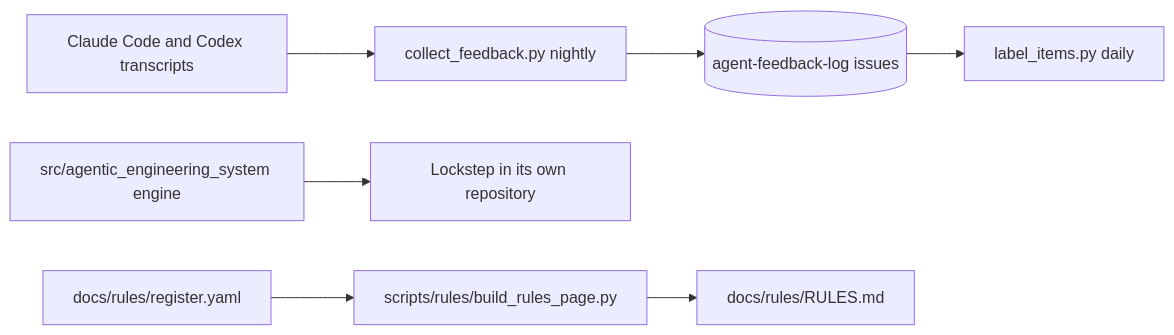
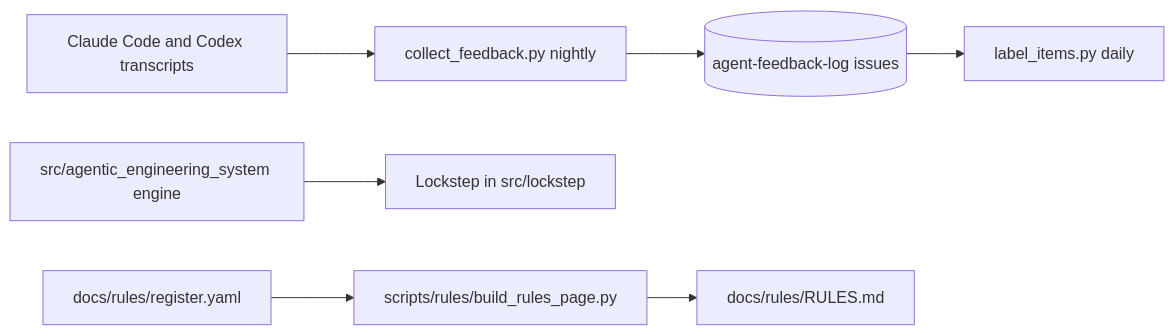
Before and after one commit to BrianMills2718/agentic-engineering-system-canonical: the diagram in wiki/system-model.md, drawn with Mermaid. The commit also changed other lines of this file and 851 other files, not shown here.

````diff
--- a/wiki/system-model.md
+++ b/wiki/system-model.md
@@ -60,9 +59,9 @@
 ```mermaid
 flowchart LR
   T[Claude Code and Codex transcripts] --> C[collect_feedback.py nightly]
   C --> L[(agent-feedback-log issues)]
   L --> B[label_items.py daily]
-  E[src/agentic_engineering_system engine] --> K[Lockstep in its own repository]
+  E[src/agentic_engineering_system engine] --> K[Lockstep in src/lockstep]
   R[docs/rules/register.yaml] --> P[scripts/rules/build_rules_page.py]
   P --> Q[docs/rules/RULES.md]
 ```
````
